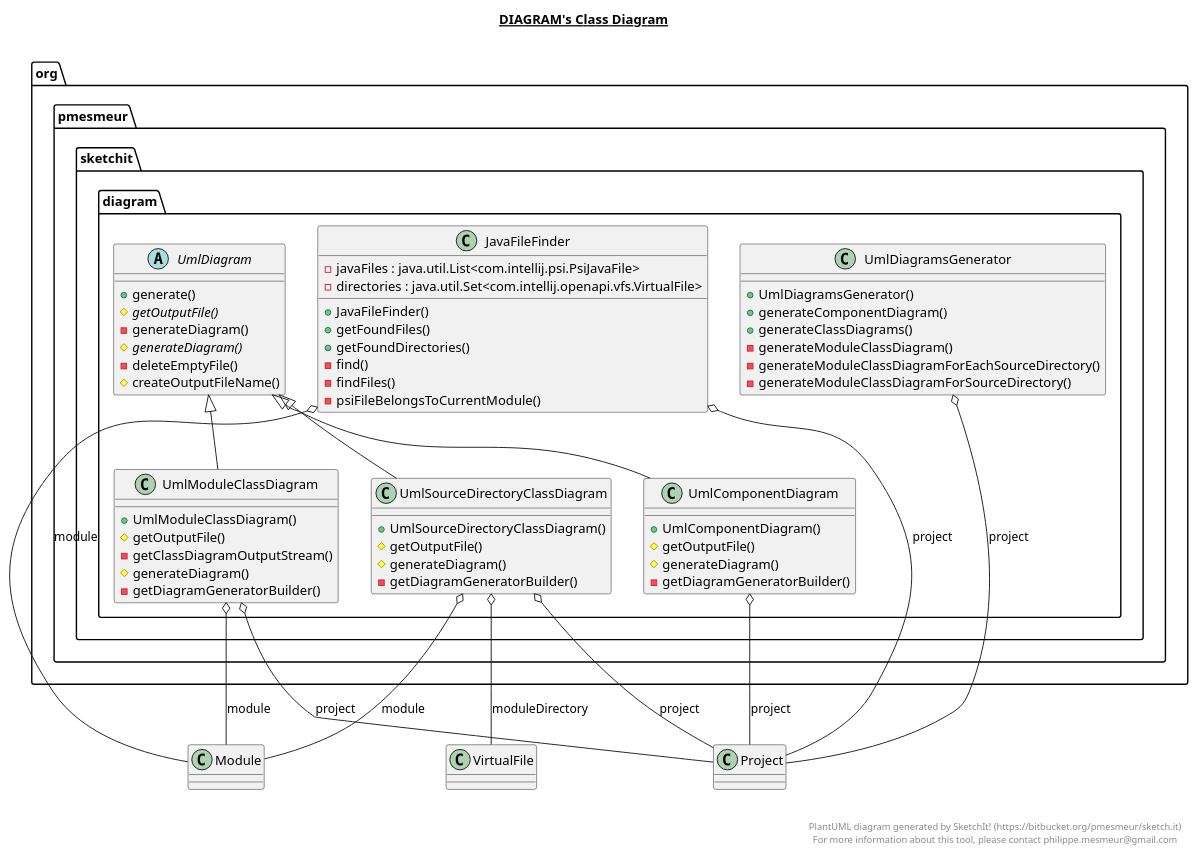
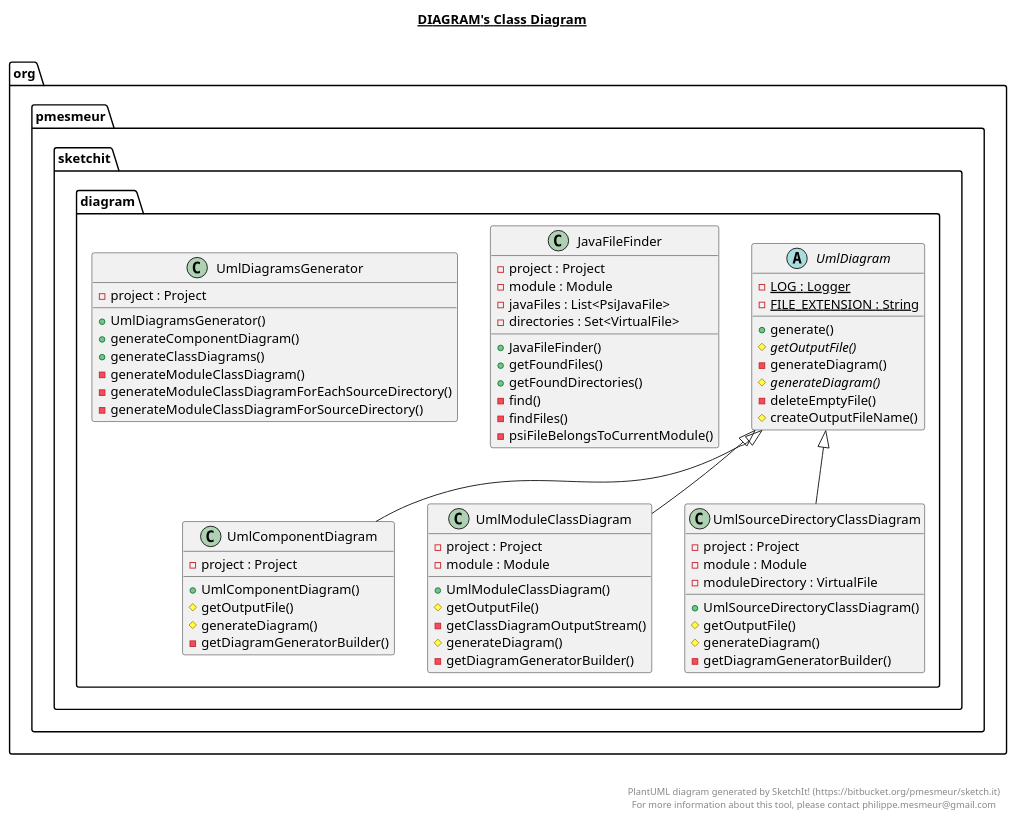
One commit to bigjimlefou/sketch.it changed the diagram in src/org/pmesmeur/sketchit/diagram/diagram.plantuml. Above: the diagram before and after it, drawn with PlantUML. The commit also changed 5 other files, not shown here.

Commit message:
Update UML model

```diff
--- a/src/org/pmesmeur/sketchit/diagram/diagram.plantuml
+++ b/src/org/pmesmeur/sketchit/diagram/diagram.plantuml
@@ -1,107 +1,109 @@
 @startuml
 
 title __DIAGRAM's Class Diagram__\n
 
   package org.pmesmeur.sketchit {
     package org.pmesmeur.sketchit.diagram {
       class JavaFileFinder {
-          - javaFiles : java.util.List<com.intellij.psi.PsiJavaFile>
-          - directories : java.util.Set<com.intellij.openapi.vfs.VirtualFile>
+          - project : Project
+          - module : Module
+          - javaFiles : List<PsiJavaFile>
+          - directories : Set<VirtualFile>
           + JavaFileFinder()
           + getFoundFiles()
           + getFoundDirectories()
           - find()
           - findFiles()
           - psiFileBelongsToCurrentModule()
       }
     }
   }
   
 
   package org.pmesmeur.sketchit {
     package org.pmesmeur.sketchit.diagram {
       class UmlComponentDiagram {
+          - project : Project
           + UmlComponentDiagram()
           # getOutputFile()
           # generateDiagram()
           - getDiagramGeneratorBuilder()
       }
     }
   }
   
 
   package org.pmesmeur.sketchit {
     package org.pmesmeur.sketchit.diagram {
       abstract class UmlDiagram {
+          {static} - LOG : Logger
+          {static} - FILE_EXTENSION : String
           + generate()
           {abstract} # getOutputFile()
           - generateDiagram()
           {abstract} # generateDiagram()
           - deleteEmptyFile()
           # createOutputFileName()
       }
     }
   }
   
 
   package org.pmesmeur.sketchit {
     package org.pmesmeur.sketchit.diagram {
       class UmlDiagramsGenerator {
+          - project : Project
           + UmlDiagramsGenerator()
           + generateComponentDiagram()
           + generateClassDiagrams()
           - generateModuleClassDiagram()
           - generateModuleClassDiagramForEachSourceDirectory()
           - generateModuleClassDiagramForSourceDirectory()
       }
     }
   }
   
 
   package org.pmesmeur.sketchit {
     package org.pmesmeur.sketchit.diagram {
       class UmlModuleClassDiagram {
+          - project : Project
+          - module : Module
           + UmlModuleClassDiagram()
           # getOutputFile()
           - getClassDiagramOutputStream()
           # generateDiagram()
           - getDiagramGeneratorBuilder()
       }
     }
   }
   
 
   package org.pmesmeur.sketchit {
     package org.pmesmeur.sketchit.diagram {
       class UmlSourceDirectoryClassDiagram {
+          - project : Project
+          - module : Module
+          - moduleDirectory : VirtualFile
           + UmlSourceDirectoryClassDiagram()
           # getOutputFile()
           # generateDiagram()
           - getDiagramGeneratorBuilder()
       }
     }
   }
   
 
-  JavaFileFinder o-- Project : project
-  JavaFileFinder o-- Module : module
   UmlComponentDiagram -up-|> UmlDiagram
-  UmlComponentDiagram o-- Project : project
-  UmlDiagramsGenerator o-- Project : project
   UmlModuleClassDiagram -up-|> UmlDiagram
-  UmlModuleClassDiagram o-- Project : project
-  UmlModuleClassDiagram o-- Module : module
   UmlSourceDirectoryClassDiagram -up-|> UmlDiagram
-  UmlSourceDirectoryClassDiagram o-- Project : project
-  UmlSourceDirectoryClassDiagram o-- Module : module
-  UmlSourceDirectoryClassDiagram o-- VirtualFile : moduleDirectory
 
 
 right footer
 
 
 PlantUML diagram generated by SketchIt! (https://bitbucket.org/pmesmeur/sketch.it)
 For more information about this tool, please contact philippe.mesmeur@gmail.com
 endfooter
 
 @enduml
```
